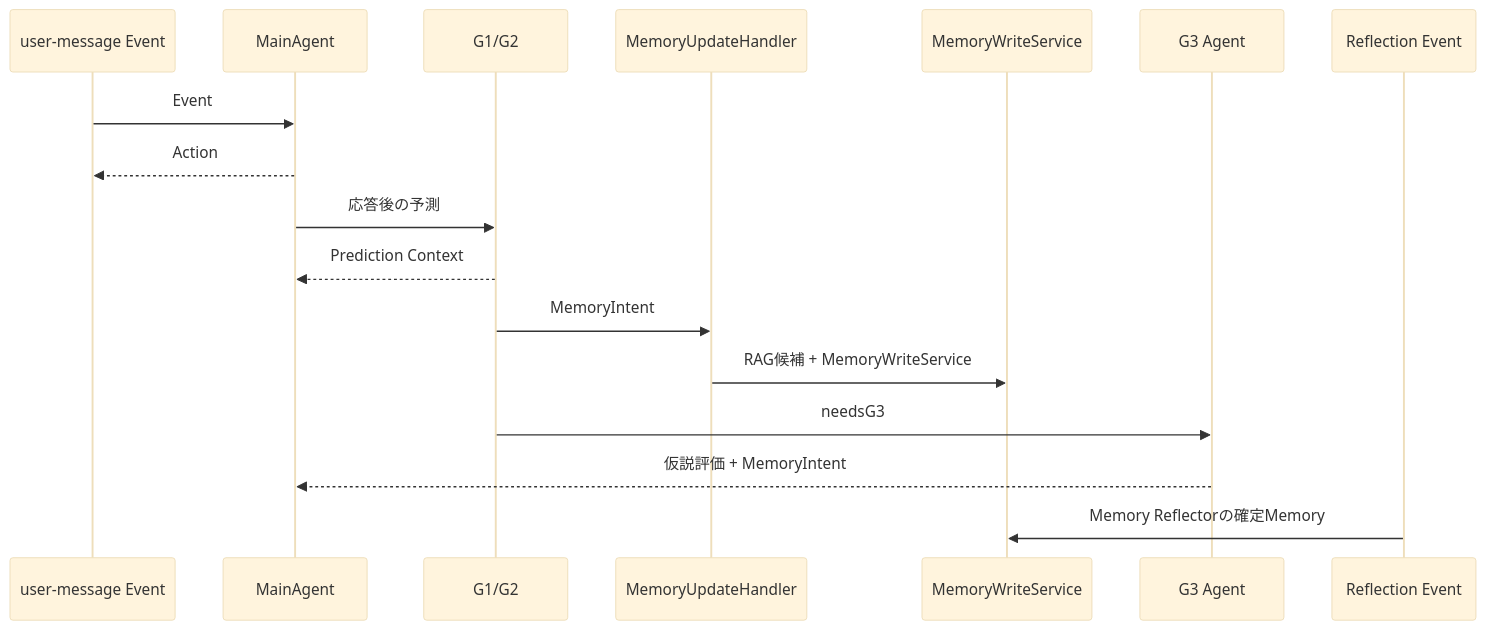
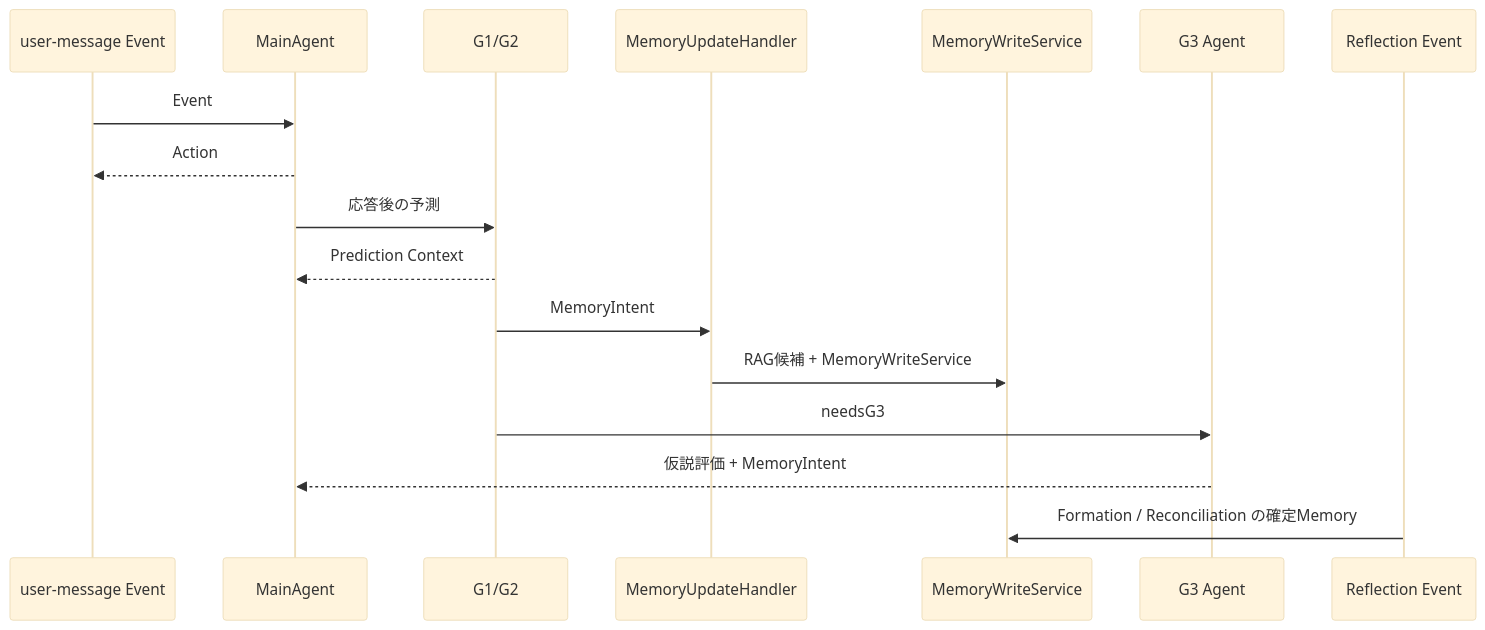
The fourth of 8 diagrams in docs/AGENT_MOTIVATION_MODEL.md (if001/social_agent), drawn with Mermaid (base theme) before and after one commit. The commit also changed other lines of this file and 8 other files, not shown here.

Commit message:
docs: design memory formation and reconciliation (#026)

````diff
--- a/docs/AGENT_MOTIVATION_MODEL.md
+++ b/docs/AGENT_MOTIVATION_MODEL.md
@@ -202,20 +207,20 @@
 ```mermaid
 sequenceDiagram
     participant U as user-message Event
     participant C as MainAgent
     participant P as G1/G2
     participant MU as MemoryUpdateHandler
     participant MW as MemoryWriteService
     participant G3 as G3 Agent
     participant R as Reflection Event
 
     U->>C: Event
     C-->>U: Action
     C->>P: 応答後の予測
     P-->>C: Prediction Context
     P->>MU: MemoryIntent
     MU->>MW: RAG候補 + MemoryWriteService
     P->>G3: needsG3
     G3-->>C: 仮説評価 + MemoryIntent
-    R->>MW: Memory Reflectorの確定Memory
+    R->>MW: Formation / Reconciliation の確定Memory
 ```
````
